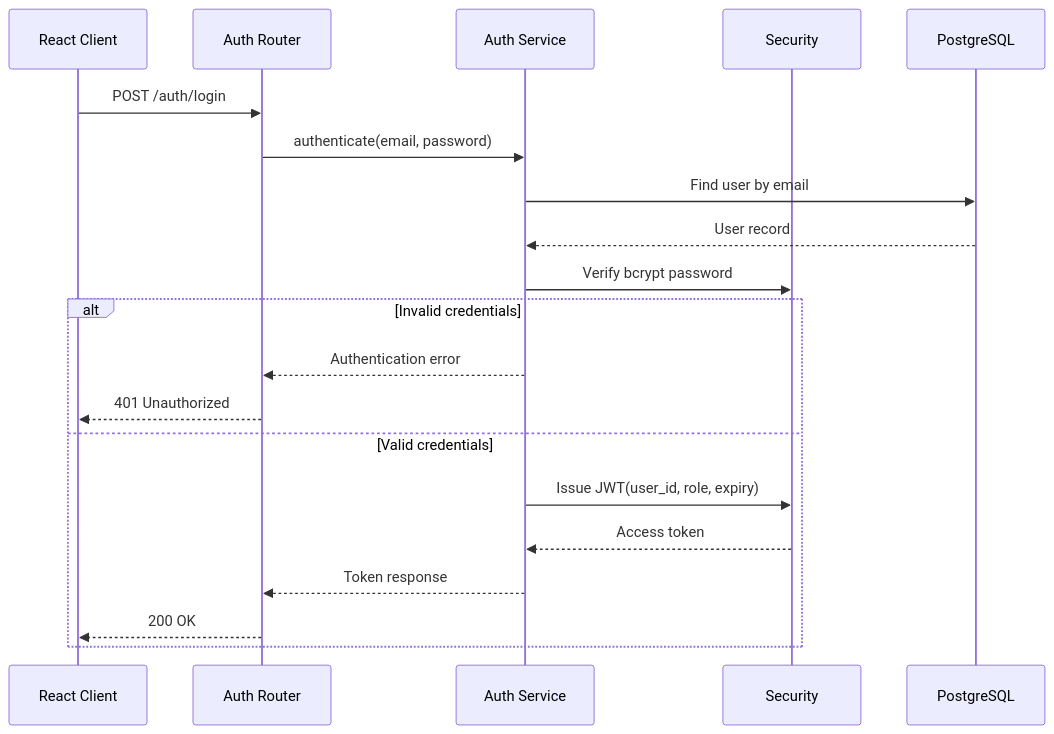
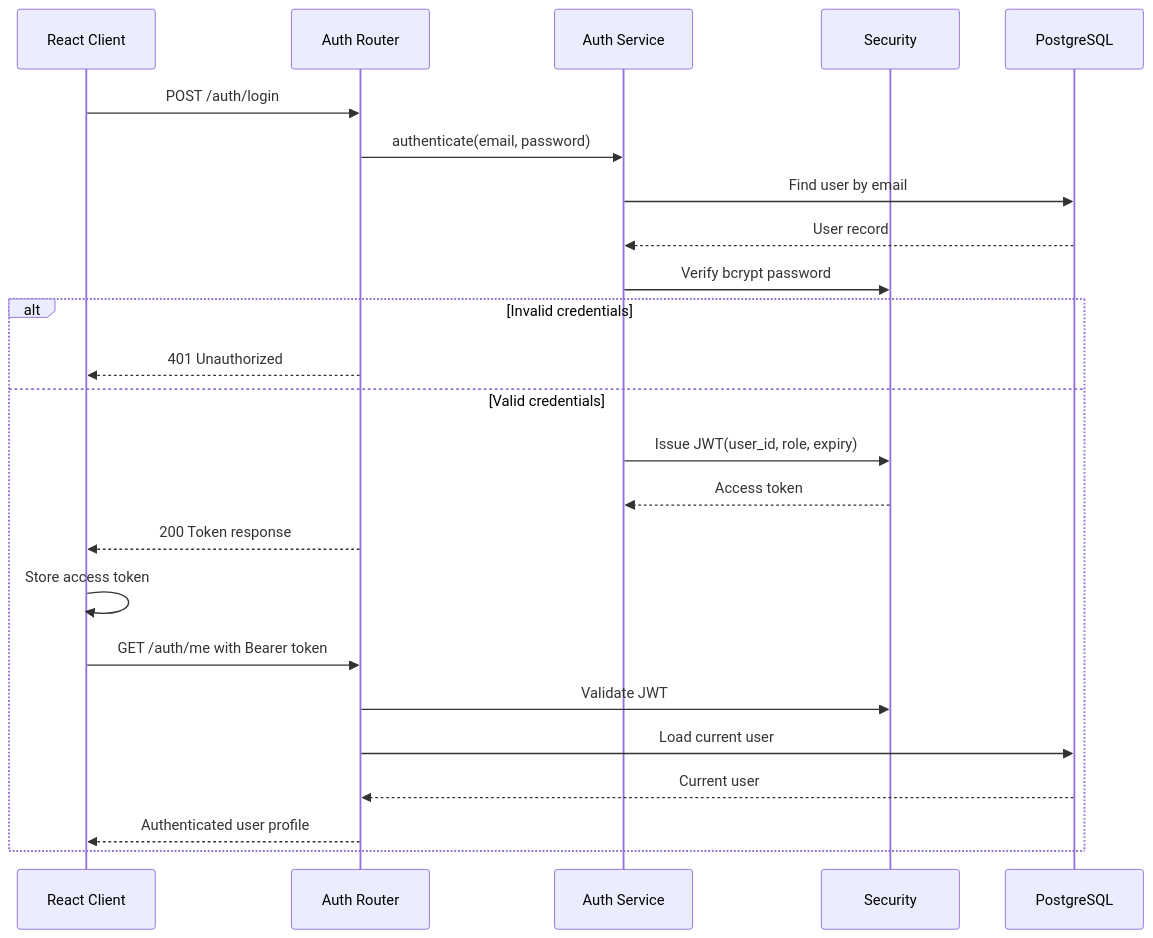
Before and after one commit to elias282000/Technohaven-Recruitement-Assignement: the ninth of 10 diagrams in Documents/System Design.md, drawn with Mermaid. The commit also changed other lines of this file and 1 other file, not shown here.

````diff
--- a/Documents/System Design.md
+++ b/Documents/System Design.md
@@ -508,23 +607,28 @@
 ```mermaid
 sequenceDiagram
     participant C as React Client
     participant AR as Auth Router
     participant AS as Auth Service
     participant Sec as Security
     participant DB as PostgreSQL
 
     C->>AR: POST /auth/login
     AR->>AS: authenticate(email, password)
     AS->>DB: Find user by email
     DB-->>AS: User record
     AS->>Sec: Verify bcrypt password
+
     alt Invalid credentials
-        AS-->>AR: Authentication error
         AR-->>C: 401 Unauthorized
     else Valid credentials
         AS->>Sec: Issue JWT(user_id, role, expiry)
         Sec-->>AS: Access token
-        AS-->>AR: Token response
-        AR-->>C: 200 OK
+        AR-->>C: 200 Token response
+        C->>C: Store access token
+        C->>AR: GET /auth/me with Bearer token
+        AR->>Sec: Validate JWT
+        AR->>DB: Load current user
+        DB-->>AR: Current user
+        AR-->>C: Authenticated user profile
     end
 ```
````
